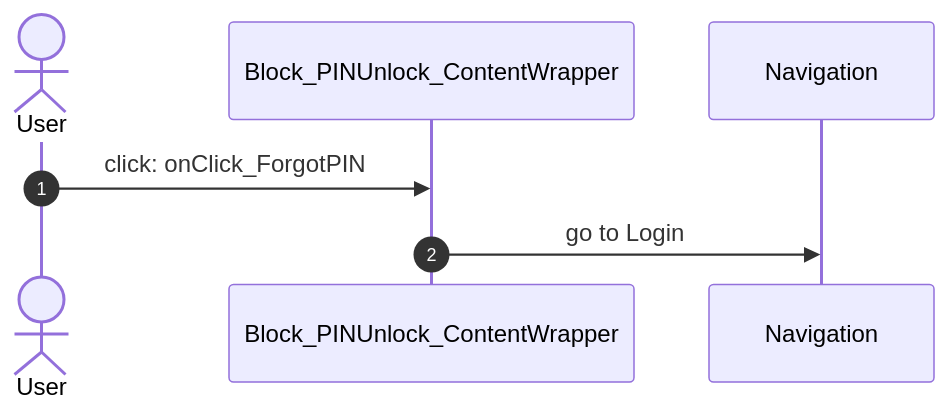
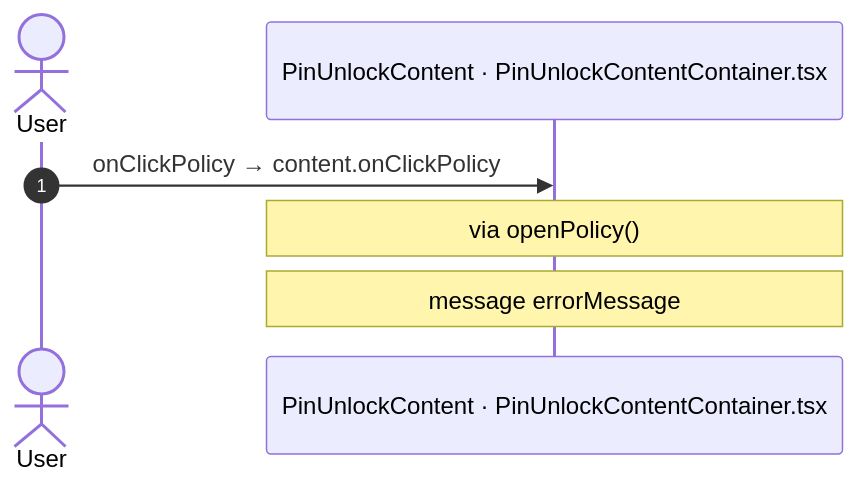
Before and after one commit to Phoenix-DX/connect-new-ui: diagram 12 of 13 in migration/route-actions/APP_SHELL.md, drawn with Mermaid. The commit also changed other lines of this file and 9 other files, not shown here.

Commit message:
route actions: facts only; user actions as two independent lists (OutSystems view bindings, React JSX bindings) with Mermaid sequences; factual call columns (direct caller, chains, React references); app shell by definition (survey shell, main.tsx code); constants read for React paths

````diff
--- a/migration/route-actions/APP_SHELL.md
+++ b/migration/route-actions/APP_SHELL.md
@@ -298,9 +262,9 @@
 ```mermaid
 sequenceDiagram
   autonumber
   actor U as User
-  participant B as Block_PINUnlock_ContentWrapper
-  participant N as Navigation
-  U->>B: click: onClick_ForgotPIN
-  B->>N: go to Login
+  participant H as PinUnlockContent · PinUnlockContentContainer.tsx
+  U->>H: onClickPolicy → content.onClickPolicy
+  Note over H: via openPolicy()
+  Note over H: message errorMessage
 ```
````
